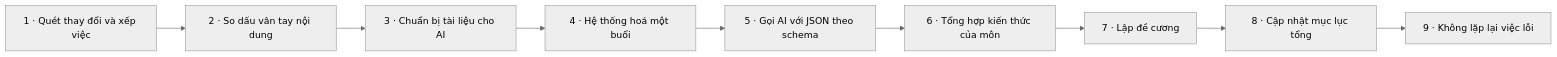
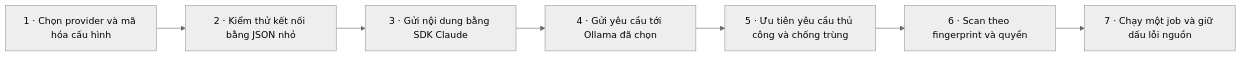
Before and after one commit to Thequancute215-sys/cun-zoom: diagram 20 of 22 in docs/WORKFLOW.md, drawn with Mermaid (neutral theme). The commit also changed other lines of this file and 33 other files, not shown here.

Commit message:
Add account OTP and one-time license flow with deployment handover

````diff
--- a/docs/WORKFLOW.md
+++ b/docs/WORKFLOW.md
@@ -448,20 +655,16 @@
 ```mermaid
 flowchart LR
-  s1["1 · Quét thay đổi và xếp việc"]
-  s2["2 · So dấu vân tay nội dung"]
+  s1["1 · Chọn provider và mã hóa cấu hình"]
+  s2["2 · Kiểm thử kết nối bằng JSON nhỏ"]
   s1 --> s2
-  s3["3 · Chuẩn bị tài liệu cho AI"]
+  s3["3 · Gửi nội dung bằng SDK Claude"]
   s2 --> s3
-  s4["4 · Hệ thống hoá một buổi"]
+  s4["4 · Gửi yêu cầu tới Ollama đã chọn"]
   s3 --> s4
-  s5["5 · Gọi AI với JSON theo schema"]
+  s5["5 · Ưu tiên yêu cầu thủ công và chống trùng"]
   s4 --> s5
-  s6["6 · Tổng hợp kiến thức của môn"]
+  s6["6 · Scan theo fingerprint và quyền"]
   s5 --> s6
-  s7["7 · Lập đề cương"]
+  s7["7 · Chạy một job và giữ dấu lỗi nguồn"]
   s6 --> s7
-  s8["8 · Cập nhật mục lục tổng"]
-  s7 --> s8
-  s9["9 · Không lặp lại việc lỗi"]
-  s8 --> s9
 ```
````
